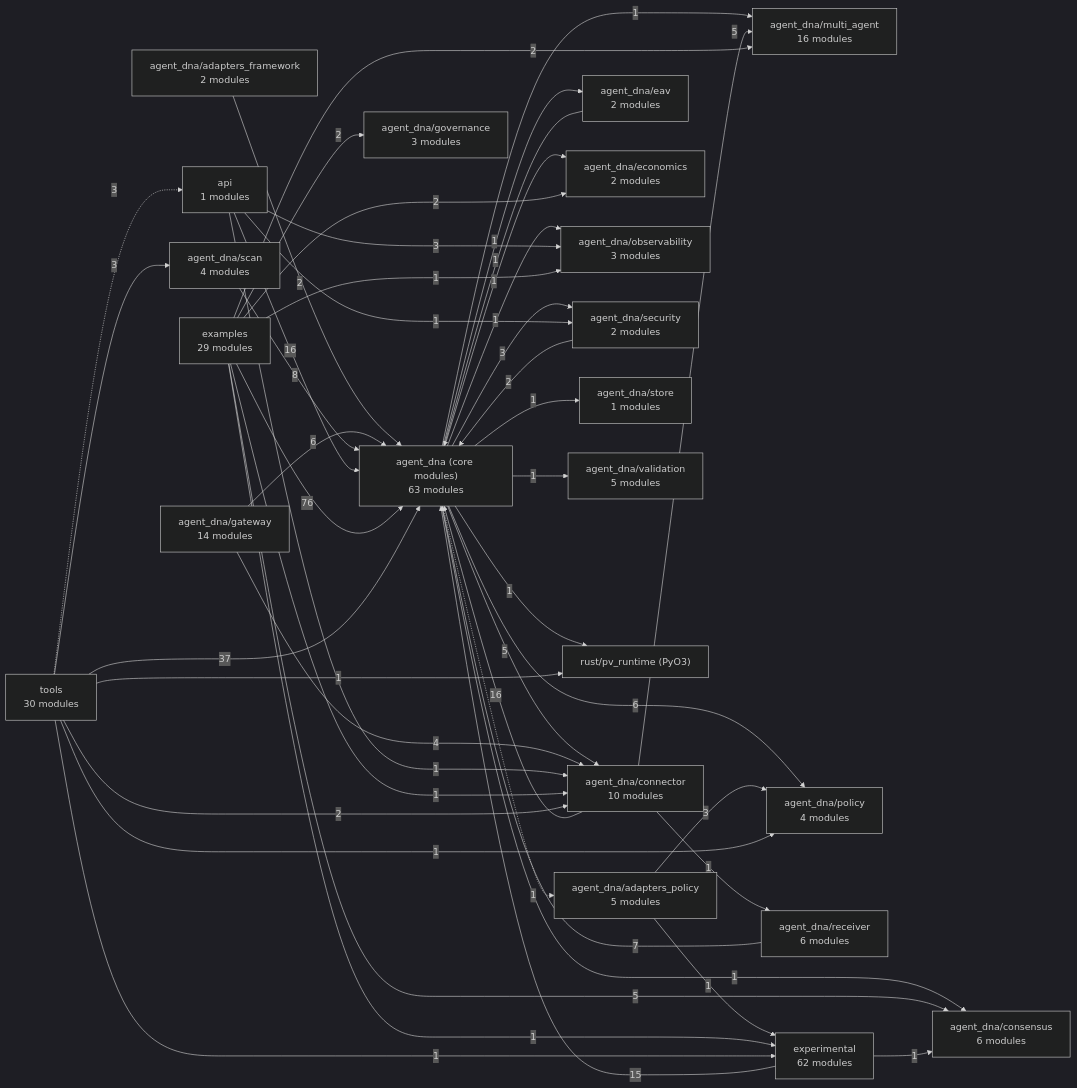
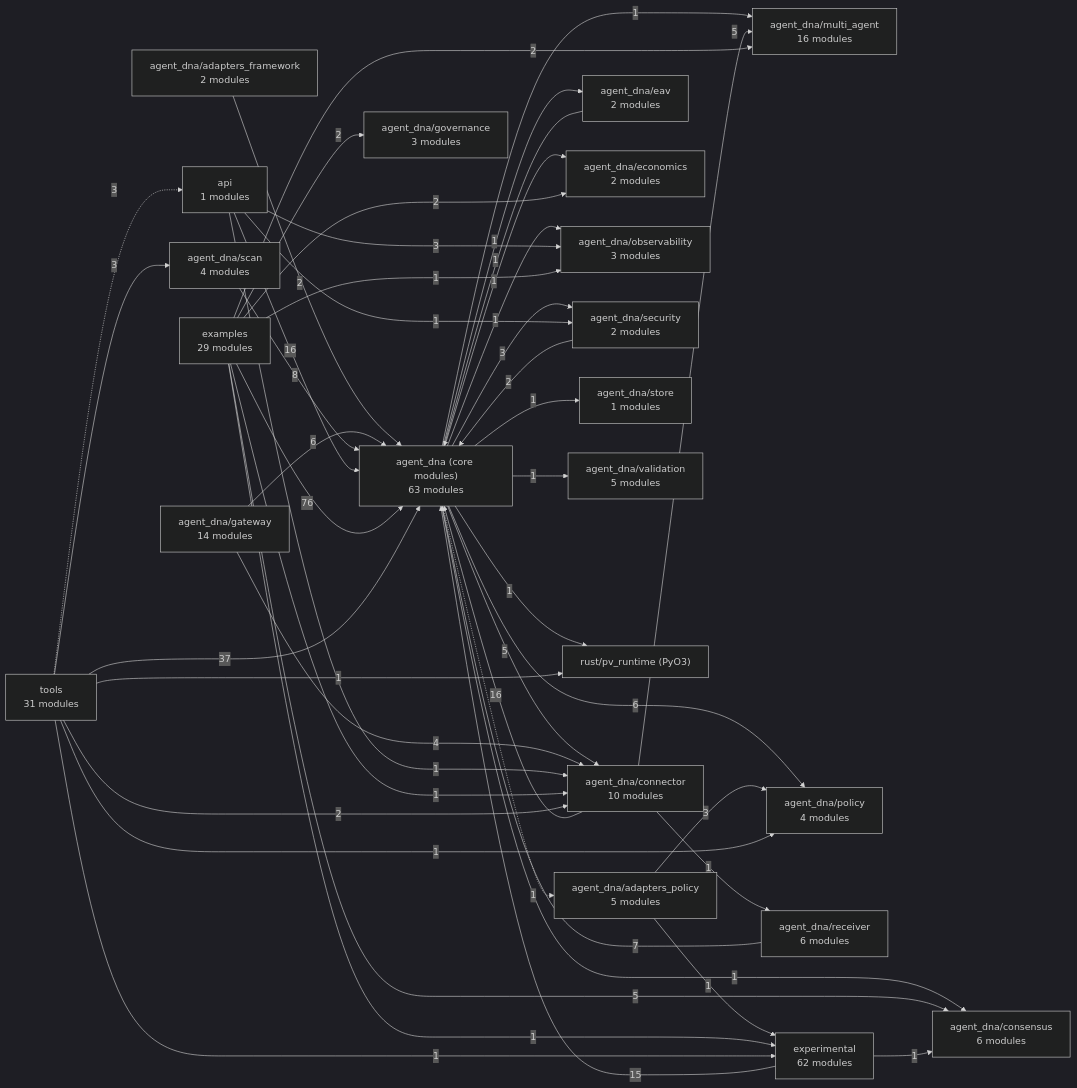
The diagram in docs/architecture/MAP.md (LOLA0786/privatevault-agent-dna), drawn with Mermaid (dark theme) before and after one commit. The commit also changed other lines of this file and 6 other files, not shown here.

Commit message:
lineage: signed, hash-chained flow evidence + offline verifier (ADR 0021) (#131)

````diff
--- a/docs/architecture/MAP.md
+++ b/docs/architecture/MAP.md
@@ -7,70 +7,70 @@
 ```mermaid
 flowchart LR
   n0["agent_dna (core modules)<br/>63 modules"]
   n1["agent_dna/adapters_framework<br/>2 modules"]
   n2["agent_dna/adapters_policy<br/>5 modules"]
   n3["agent_dna/connector<br/>10 modules"]
   n4["agent_dna/consensus<br/>6 modules"]
   n5["agent_dna/eav<br/>2 modules"]
   n6["agent_dna/economics<br/>2 modules"]
   n7["agent_dna/gateway<br/>14 modules"]
   n8["agent_dna/governance<br/>3 modules"]
   n9["agent_dna/multi_agent<br/>16 modules"]
   n10["agent_dna/observability<br/>3 modules"]
   n11["agent_dna/policy<br/>4 modules"]
   n12["agent_dna/receiver<br/>6 modules"]
   n13["agent_dna/scan<br/>4 modules"]
   n14["agent_dna/security<br/>2 modules"]
   n15["agent_dna/store<br/>1 modules"]
   n16["agent_dna/validation<br/>5 modules"]
   n17["api<br/>1 modules"]
   n18["examples<br/>29 modules"]
   n19["experimental<br/>62 modules"]
   n20["rust/pv_runtime (PyO3)"]
-  n21["tools<br/>30 modules"]
+  n21["tools<br/>31 modules"]
   n0 -.->|1| n2
   n0 -->|5| n3
   n0 -->|1| n4
   n0 -->|1| n5
   n0 -->|1| n6
   n0 -->|1| n9
   n0 -->|1| n10
   n0 -->|6| n11
   n0 -->|3| n14
   n0 -->|1| n15
   n0 -->|1| n16
   n0 -->|1| n20
   n1 -->|2| n0
   n2 -->|3| n11
   n2 -->|1| n19
   n3 -->|16| n0
   n3 -->|5| n9
   n3 -->|1| n12
   n5 -->|1| n0
   n7 -->|6| n0
   n7 -->|4| n3
   n12 -->|7| n0
   n13 -->|8| n0
   n14 -->|2| n0
   n17 -->|16| n0
   n17 -->|1| n3
   n17 -->|3| n10
   n17 -->|1| n14
   n18 -->|76| n0
   n18 -->|1| n3
   n18 -->|5| n4
   n18 -->|2| n6
   n18 -->|2| n8
   n18 -->|2| n9
   n18 -->|1| n10
   n18 -->|1| n19
   n19 -->|15| n0
   n19 -->|1| n4
   n21 -->|37| n0
   n21 -->|2| n3
   n21 -->|1| n11
   n21 -->|3| n13
   n21 -.->|3| n17
   n21 -->|1| n19
   n21 -->|1| n20
 ```
````
